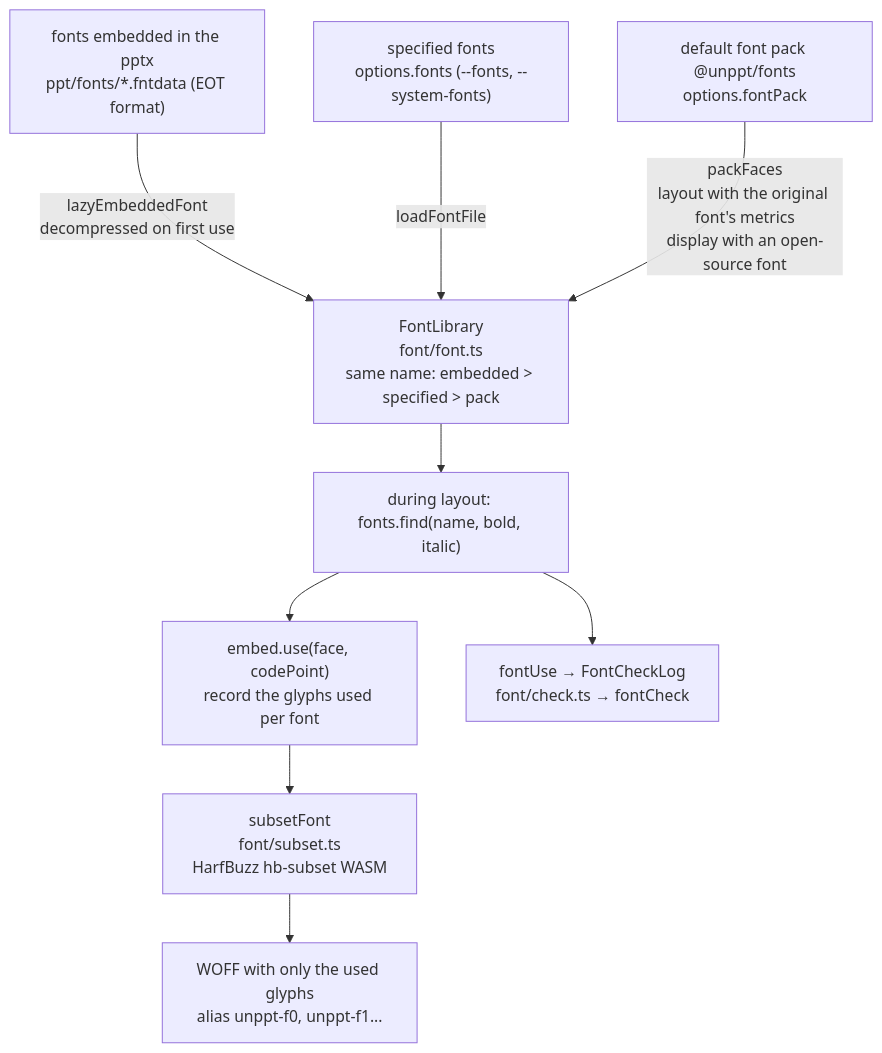
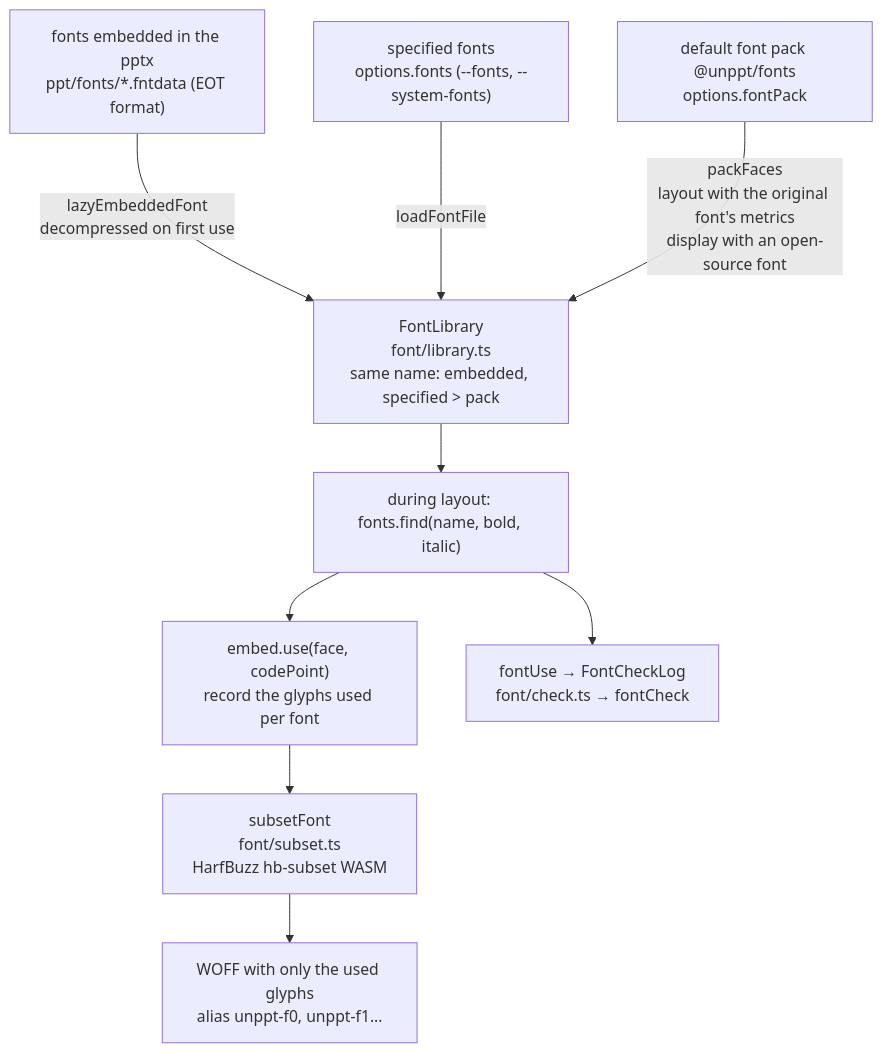
Before and after one commit to spitmaster/unppt: diagram 17 of 22 in docs/en/transcoding.md, drawn with Mermaid. The commit also changed other lines of this file and 1 other file, not shown here.

Commit message:
docs: 转码原理对照 0.3.1 代码更新——思源字体按缺字体替代（SPEC D3 ⑩）、可变字体取 Regular / Bold 实例、符号字体子集化前换 cmap、显示字形放进原字体格子；缩进 1/20 磅和"行首起点 + 行宽 + 右缩进"取整到 1/8 磅的断行规则、水平居中 anchorCtr（含表格单元格）、项目符号的新规则、人工加粗的颜料；图表文字字体 chart-fonts.ts、饼图最佳位置标签；公式 Fallback 图片正着铺；出图按能画全文字选字体；不写 -o 时的输出位置；效果数字换成 0.3.1

````diff
--- a/docs/en/transcoding.md
+++ b/docs/en/transcoding.md
@@ -778,11 +785,11 @@
 ```mermaid
 flowchart TD
   e["fonts embedded in the pptx<br/>ppt/fonts/*.fntdata (EOT format)"] -->|"lazyEmbeddedFont<br/>decompressed on first use"| lib
   u["specified fonts<br/>options.fonts (--fonts, --system-fonts)"] -->|loadFontFile| lib
   p["default font pack @unppt/fonts<br/>options.fontPack"] -->|"packFaces<br/>layout with the original font's metrics<br/>display with an open-source font"| lib
-  lib["FontLibrary<br/>font/font.ts<br/>same name: embedded > specified > pack"] --> layout["during layout: fonts.find(name, bold, italic)"]
+  lib["FontLibrary<br/>font/library.ts<br/>same name: embedded, specified > pack"] --> layout["during layout: fonts.find(name, bold, italic)"]
   layout --> use["embed.use(face, codePoint)<br/>record the glyphs used per font"]
   layout --> chk["fontUse → FontCheckLog<br/>font/check.ts → fontCheck"]
   use --> sub["subsetFont<br/>font/subset.ts<br/>HarfBuzz hb-subset WASM"]
   sub --> woff["WOFF with only the used glyphs<br/>alias unppt-f0, unppt-f1..."]
 ```
````
